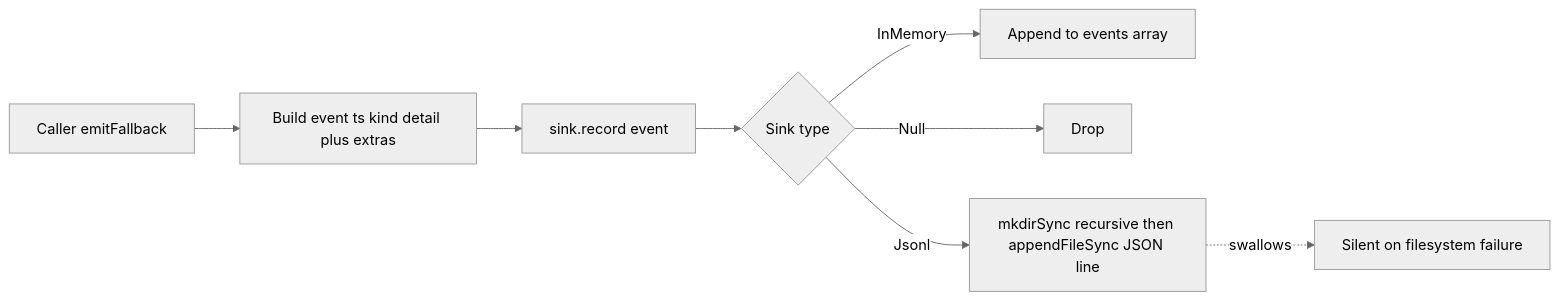
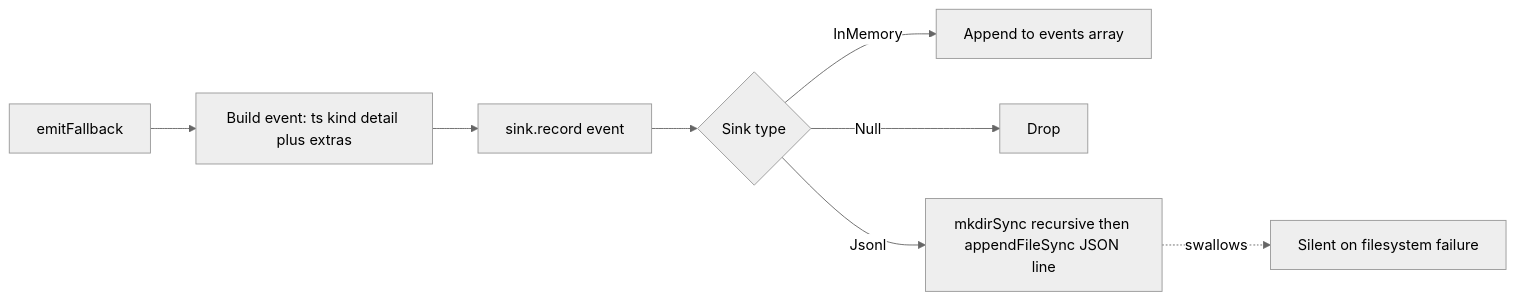
Before and after one commit to EdoardoMongardi/NYU_Path: the second of 3 diagrams in Docs/current-system/engine/observability.md, drawn with Mermaid (neutral theme). The commit also changed other lines of this file and 73 other files, not shown here.

````diff
--- a/Docs/current-system/engine/observability.md
+++ b/Docs/current-system/engine/observability.md
@@ -98,10 +102,10 @@
 ```mermaid
 flowchart LR
-    Caller[Caller emitFallback] --> Build[Build event ts kind detail plus extras]
+    Caller[emitFallback] --> Build[Build event: ts kind detail plus extras]
     Build --> Sink[sink.record event]
     Sink --> Choose{Sink type}
     Choose -- InMemory --> Push[Append to events array]
     Choose -- Null --> Drop[Drop]
     Choose -- Jsonl --> File[mkdirSync recursive then appendFileSync JSON line]
     File -.swallows.-> Err[Silent on filesystem failure]
 ```
````
